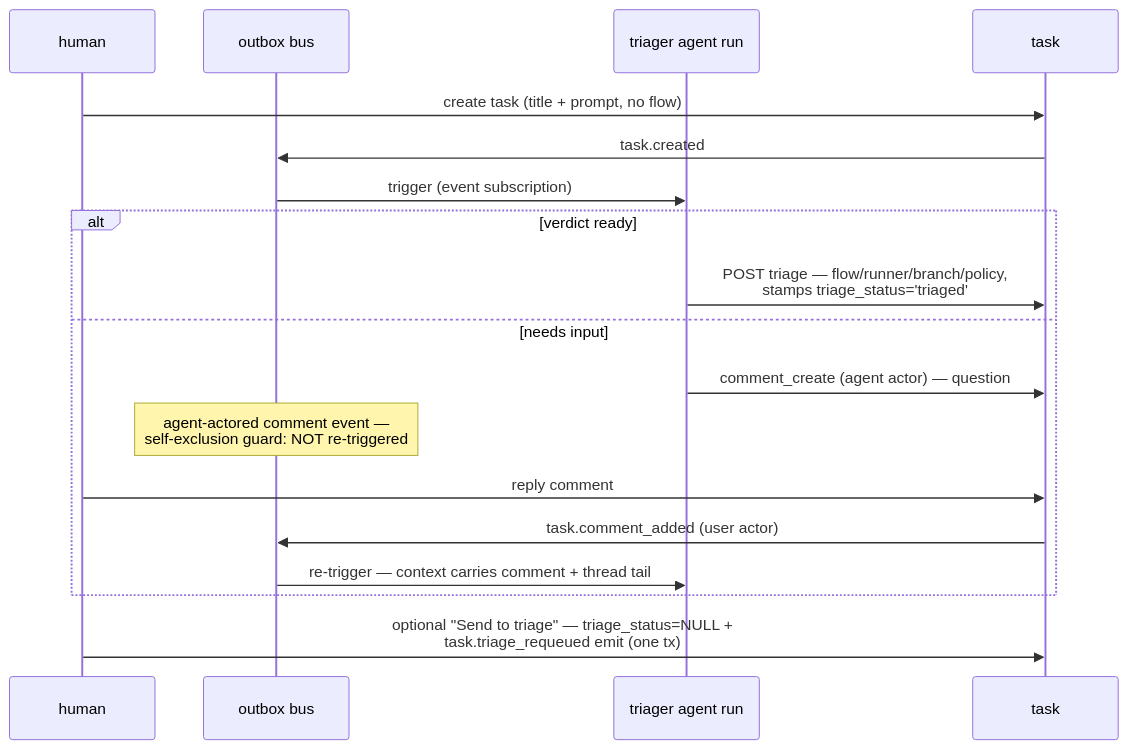
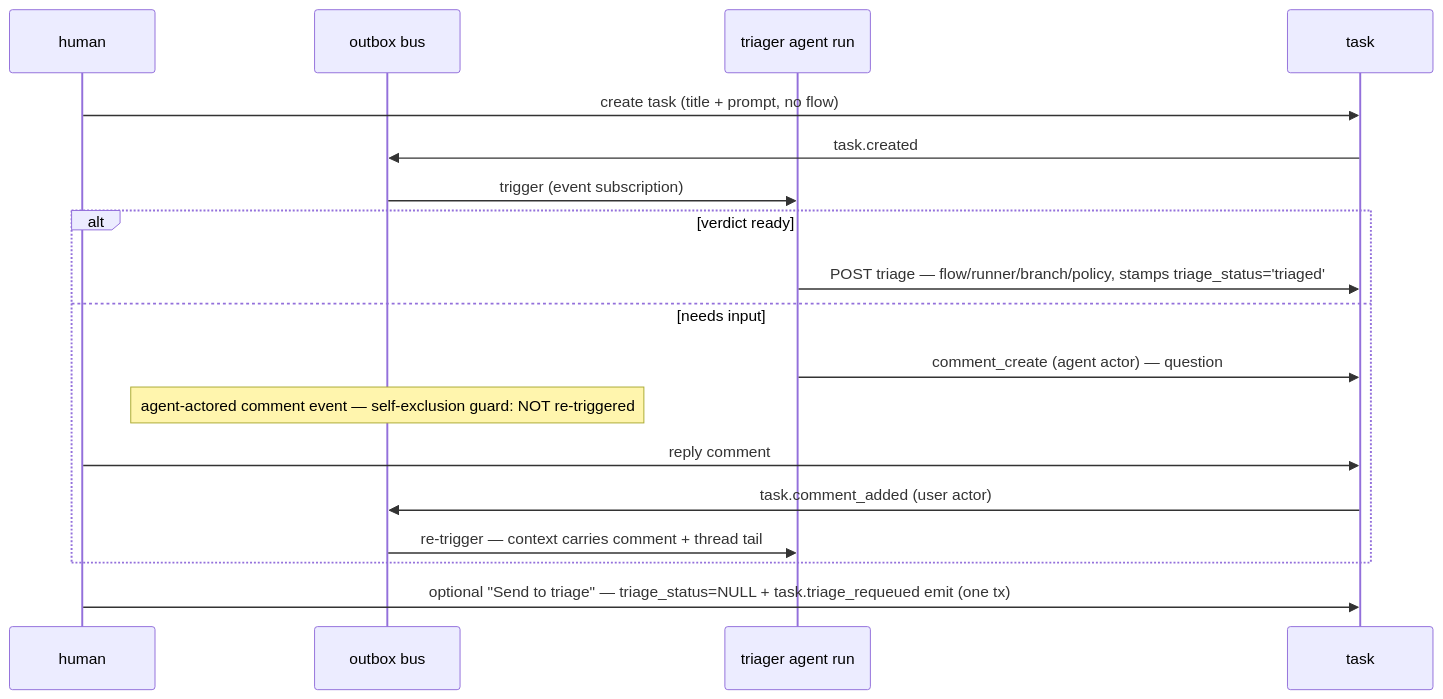
Before and after one commit to maister-dev/maister: the sixth of 9 diagrams in docs/system-analytics/agents.md, drawn with Mermaid. The commit also changed other lines of this file and 8 other files, not shown here.

````diff
--- a/docs/system-analytics/agents.md
+++ b/docs/system-analytics/agents.md
@@ -172,20 +223,20 @@
 ```mermaid
 sequenceDiagram
     participant H as human
     participant B as outbox bus
     participant A as triager agent run
     participant T as task
     H->>T: create task (title + prompt, no flow)
     T->>B: task.created
     B->>A: trigger (event subscription)
     alt verdict ready
-        A->>T: POST triage — flow/runner/branch/policy,<br/>stamps triage_status='triaged'
+        A->>T: POST triage — flow/runner/branch/policy, stamps triage_status='triaged'
     else needs input
         A->>T: comment_create (agent actor) — question
-        Note over B: agent-actored comment event —<br/>self-exclusion guard: NOT re-triggered
+        Note over B: agent-actored comment event — self-exclusion guard: NOT re-triggered
         H->>T: reply comment
         T->>B: task.comment_added (user actor)
         B->>A: re-trigger — context carries comment + thread tail
     end
-    H->>T: optional "Send to triage" — triage_status=NULL +<br/>task.triage_requeued emit (one tx)
+    H->>T: optional "Send to triage" — triage_status=NULL + task.triage_requeued emit (one tx)
 ```
````
